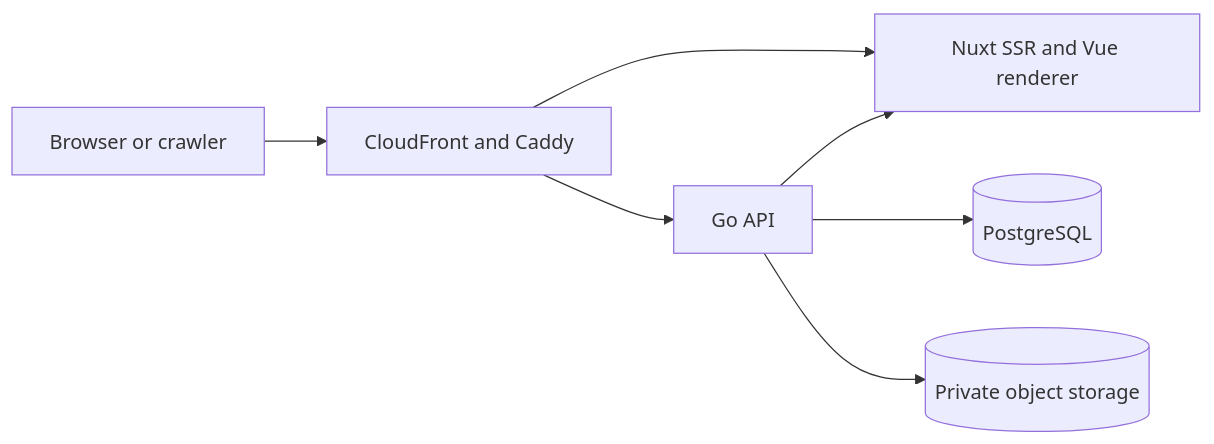
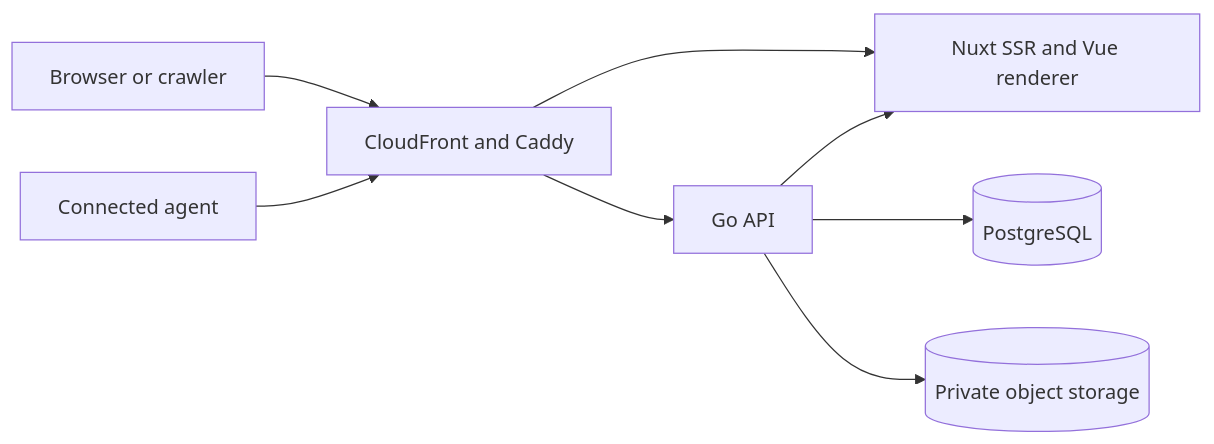
The diagram in docs/design/README.md (dannyota/aboutme), drawn with Mermaid before and after one commit. The commit also changed other lines of this file and 10 other files, not shown here.

````diff
--- a/docs/design/README.md
+++ b/docs/design/README.md
@@ -37,9 +37,10 @@
 ```mermaid
 graph LR
     B[Browser or crawler] --> C[CloudFront and Caddy]
+    A[Connected agent] --> C
     C --> N[Nuxt SSR and Vue renderer]
     C --> G[Go API]
     G --> P[(PostgreSQL)]
     G --> S[(Private object storage)]
     G --> N
 ```
````
